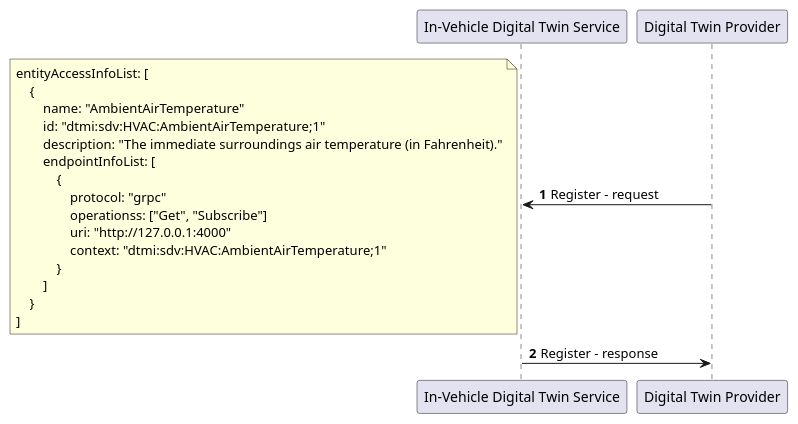
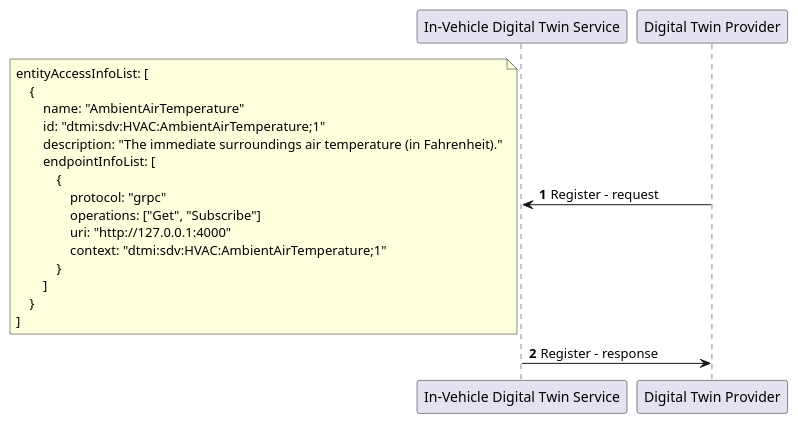
One commit to eclipse-ibeji/ibeji changed the diagram in docs/design/diagrams/register_sequence.puml. Above: the diagram before and after it, drawn with PlantUML. The commit also changed 7 other files, not shown here.

```diff
--- a/docs/design/diagrams/register_sequence.puml
+++ b/docs/design/diagrams/register_sequence.puml
@@ -1,26 +1,26 @@
 @startuml
 
 autonumber
 
 "In-Vehicle Digital Twin Service"  <- "Digital Twin Provider" : Register - request
 note left
 entityAccessInfoList: [
     {
         name: "AmbientAirTemperature"
         id: "dtmi:sdv:HVAC:AmbientAirTemperature;1"
         description: "The immediate surroundings air temperature (in Fahrenheit)."
         endpointInfoList: [
             {
                 protocol: "grpc"
-                operationss: ["Get", "Subscribe"]
+                operations: ["Get", "Subscribe"]
                 uri: "http://127.0.0.1:4000"
                 context: "dtmi:sdv:HVAC:AmbientAirTemperature;1"
             }
         ]
     }
 ]
 end note
 
 "In-Vehicle Digital Twin Service" -> "Digital Twin Provider": Register - response
 
 @enduml
```
